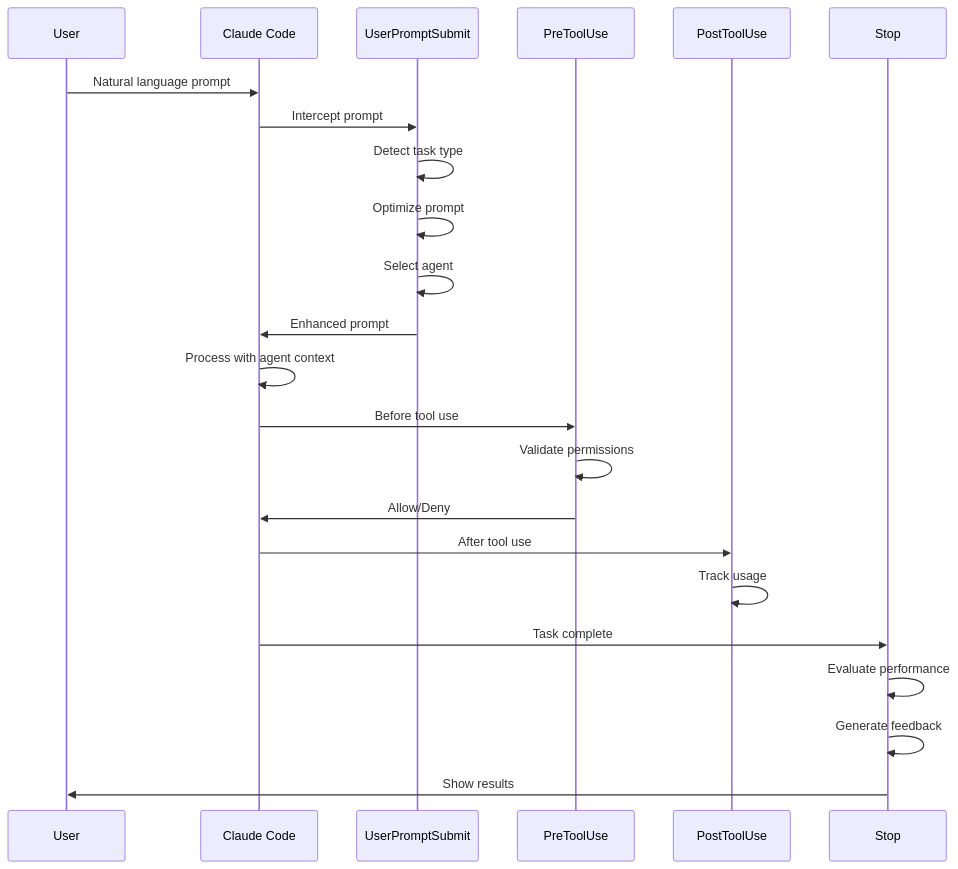
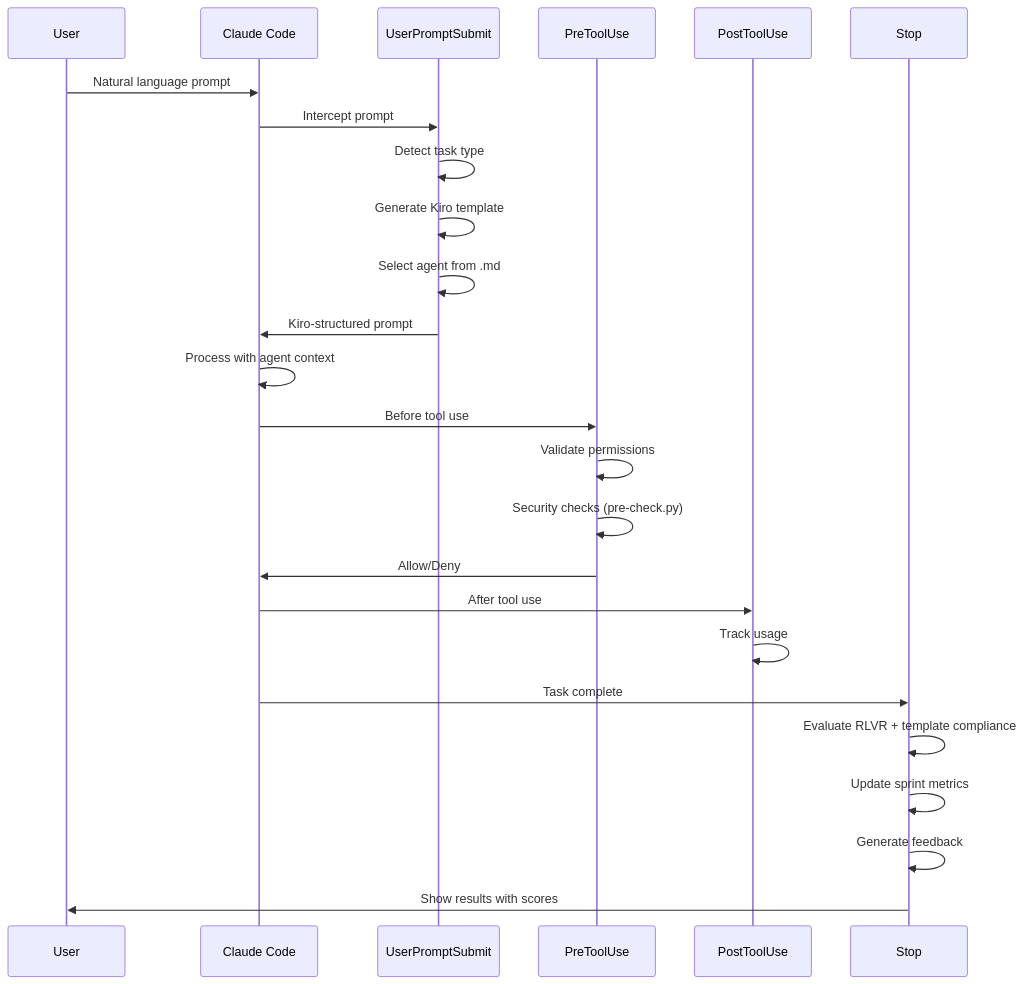
The second of 9 diagrams in ARCHITECTURE.md (asifnawaz/claude-code-rlvr-spec-system), drawn with Mermaid before and after one commit. The commit also changed other lines of this file and 69 other files, not shown here.

First line of the commit message:
feat: Add RLVR Evaluator and Tier Updater scripts for agent performance management

````diff
--- a/ARCHITECTURE.md
+++ b/ARCHITECTURE.md
@@ -102,30 +108,32 @@
 ```mermaid
 sequenceDiagram
     participant User
     participant Claude Code
     participant UserPromptSubmit
     participant PreToolUse
     participant PostToolUse
     participant Stop
 
     User->>Claude Code: Natural language prompt
     Claude Code->>UserPromptSubmit: Intercept prompt
     UserPromptSubmit->>UserPromptSubmit: Detect task type
-    UserPromptSubmit->>UserPromptSubmit: Optimize prompt
-    UserPromptSubmit->>UserPromptSubmit: Select agent
-    UserPromptSubmit->>Claude Code: Enhanced prompt
+    UserPromptSubmit->>UserPromptSubmit: Generate Kiro template
+    UserPromptSubmit->>UserPromptSubmit: Select agent from .md
+    UserPromptSubmit->>Claude Code: Kiro-structured prompt
     
     Claude Code->>Claude Code: Process with agent context
     
     Claude Code->>PreToolUse: Before tool use
     PreToolUse->>PreToolUse: Validate permissions
+    PreToolUse->>PreToolUse: Security checks (pre-check.py)
     PreToolUse->>Claude Code: Allow/Deny
     
     Claude Code->>PostToolUse: After tool use
     PostToolUse->>PostToolUse: Track usage
     
     Claude Code->>Stop: Task complete
-    Stop->>Stop: Evaluate performance
+    Stop->>Stop: Evaluate RLVR + template compliance
+    Stop->>Stop: Update sprint metrics
     Stop->>Stop: Generate feedback
-    Stop->>User: Show results
+    Stop->>User: Show results with scores
 ```
````
